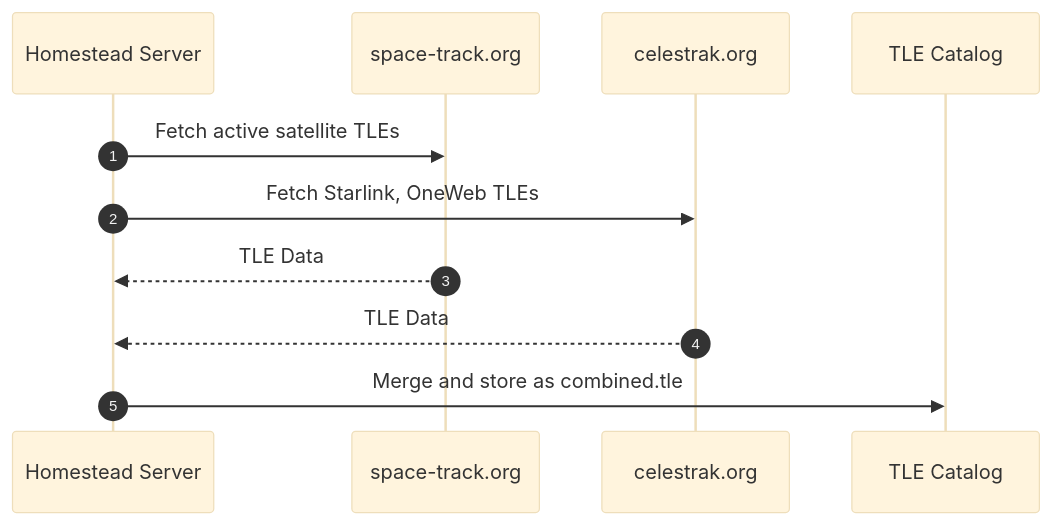
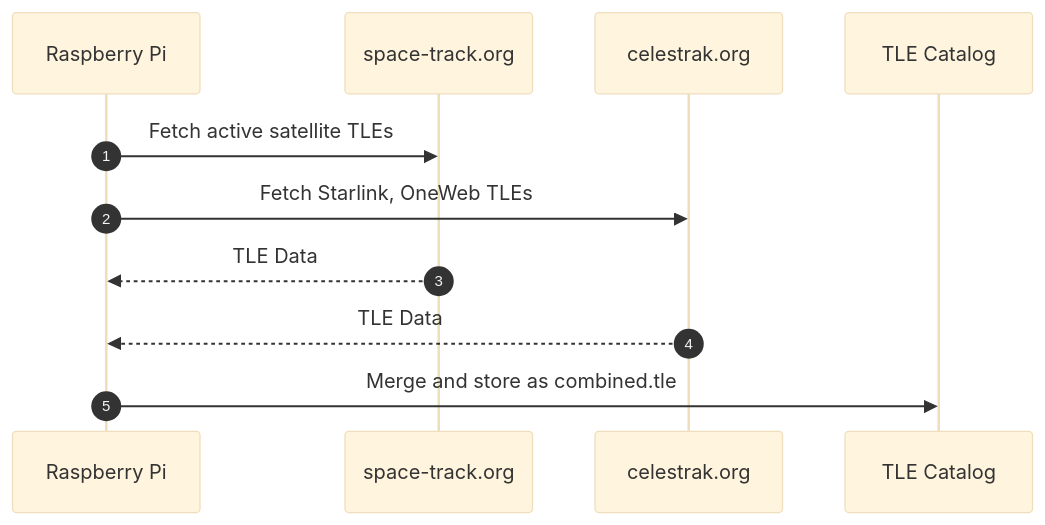
Before and after one commit to Dave-21/UPHDAS: the fifth of 6 diagrams in docs/UPHDAS_Sequence_Diagrams.md, drawn with Mermaid (base theme). The commit also changed other lines of this file, not shown here.

````diff
--- a/docs/UPHDAS_Sequence_Diagrams.md
+++ b/docs/UPHDAS_Sequence_Diagrams.md
@@ -84,14 +85,14 @@
 ```mermaid
 sequenceDiagram
     autonumber
-    participant Server as Homestead Server
+    participant Pi as Raspberry Pi
     participant SpaceTrack as space-track.org
     participant Celestrak as celestrak.org
     participant Catalog as TLE Catalog
 
-    Server->>SpaceTrack: Fetch active satellite TLEs
-    Server->>Celestrak: Fetch Starlink, OneWeb TLEs
-    SpaceTrack-->>Server: TLE Data
-    Celestrak-->>Server: TLE Data
-    Server->>Catalog: Merge and store as combined.tle
+    Pi->>SpaceTrack: Fetch active satellite TLEs
+    Pi->>Celestrak: Fetch Starlink, OneWeb TLEs
+    SpaceTrack-->>Pi: TLE Data
+    Celestrak-->>Pi: TLE Data
+    Pi->>Catalog: Merge and store as combined.tle
 ```
````
